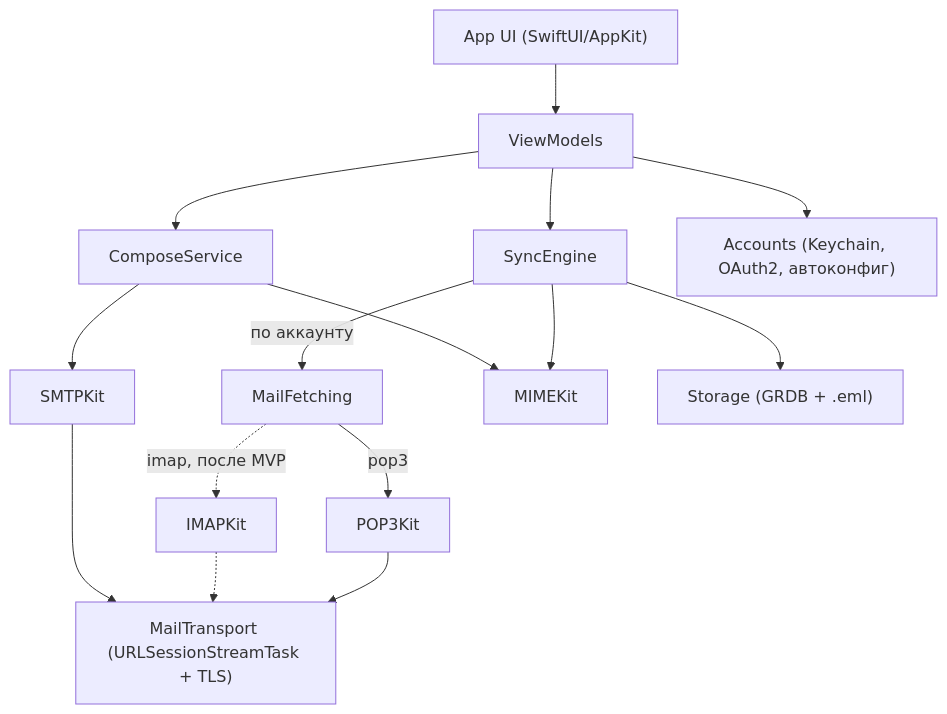
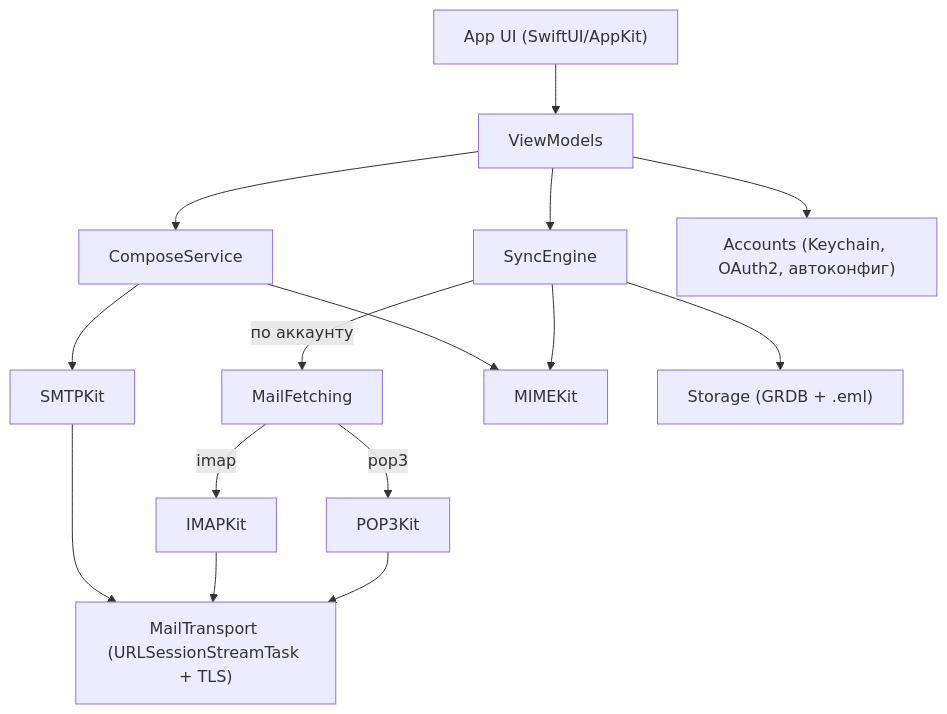
Before and after one commit to Vladimir-Etherlord/vermail: the diagram in .cursor/plans/pop3_client_macos.plan.md, drawn with Mermaid. The commit also changed other lines of this file and 35 other files, not shown here.

````diff
--- a/.cursor/plans/pop3_client_macos.plan.md
+++ b/.cursor/plans/pop3_client_macos.plan.md
@@ -88,17 +91,17 @@
 ```mermaid
 flowchart TD
     UI["App UI (SwiftUI/AppKit)"] --> VM[ViewModels]
     VM --> Sync[SyncEngine]
     VM --> Compose[ComposeService]
     Sync -->|"по аккаунту"| FetchProto["MailFetching"]
     FetchProto -->|"pop3"| POP3Kit
-    FetchProto -.->|"imap, после MVP"| IMAPKit
+    FetchProto -->|"imap"| IMAPKit
     Compose --> SMTPKit
     POP3Kit --> Transport["MailTransport (URLSessionStreamTask + TLS)"]
-    IMAPKit -.-> Transport
+    IMAPKit --> Transport
     SMTPKit --> Transport
     Sync --> MIMEKit
     Compose --> MIMEKit
     Sync --> Storage["Storage (GRDB + .eml)"]
     VM --> Accounts["Accounts (Keychain, OAuth2, автоконфиг)"]
 ```
````
